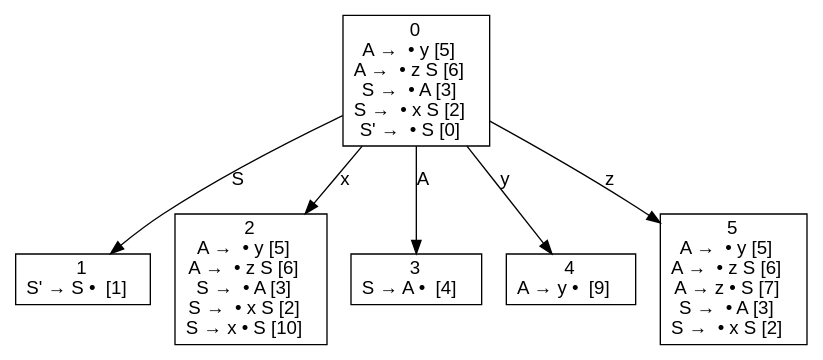
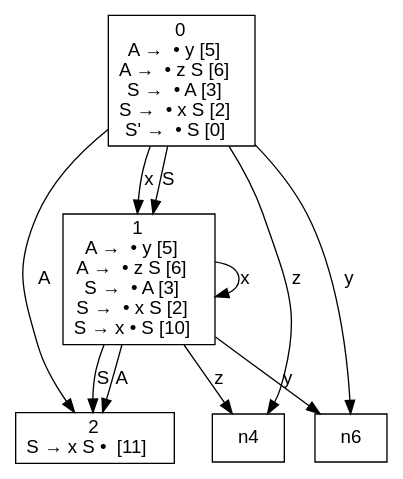
The diagram in PleaseWork/PleaseWork/g4.txt.dfa.dot (dragonsarebest/Compiler), drawn with Graphviz before and after one commit. The commit also changed 35 other files, not shown here.

```diff
--- a/PleaseWork/PleaseWork/g4.txt.dfa.dot
+++ b/PleaseWork/PleaseWork/g4.txt.dfa.dot
@@ -1,15 +1,17 @@
 digraph d{
 node [fontname=Helvetica,shape=box];
 edge [fontname=Helvetica];
 n0 [label=<0<br />A →  • y [5]<br />A →  • z S [6]<br />S →  • A [3]<br />S →  • x S [2]<br />S' →  • S [0]>];
-n1 [label=<1<br />S' → S •  [1]>];
-n2 [label=<2<br />A →  • y [5]<br />A →  • z S [6]<br />S →  • A [3]<br />S →  • x S [2]<br />S → x • S [10]>];
-n3 [label=<3<br />S → A •  [4]>];
-n4 [label=<4<br />A → y •  [9]>];
-n5 [label=<5<br />A →  • y [5]<br />A →  • z S [6]<br />A → z • S [7]<br />S →  • A [3]<br />S →  • x S [2]>];
+n1 [label=<1<br />A →  • y [5]<br />A →  • z S [6]<br />S →  • A [3]<br />S →  • x S [2]<br />S → x • S [10]>];
+n2 [label=<2<br />S → x S •  [11]>];
 n0 -> n1 [label="S"];
-n0 -> n2 [label="x"];
-n0 -> n3 [label="A"];
-n0 -> n4 [label="y"];
-n0 -> n5 [label="z"];
+n0 -> n1 [label="x"];
+n0 -> n2 [label="A"];
+n0 -> n6 [label="y"];
+n0 -> n4 [label="z"];
+n1 -> n2 [label="S"];
+n1 -> n1 [label="x"];
+n1 -> n2 [label="A"];
+n1 -> n6 [label="y"];
+n1 -> n4 [label="z"];
 }
```
